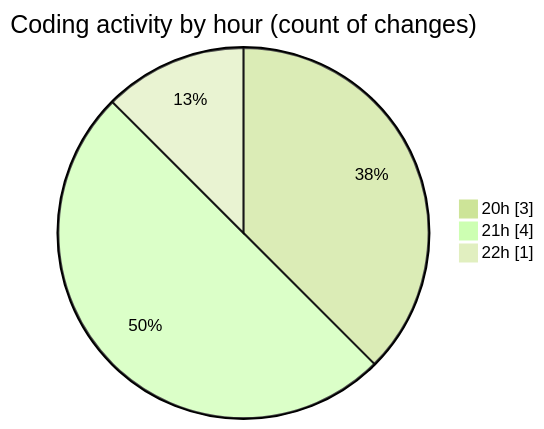
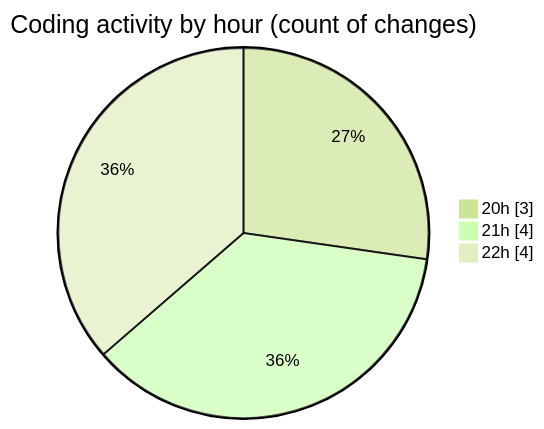
One commit to lephambinh05/code-tracking changed the second of 2 diagrams in 2025-09-07/quanlylink/README.md. Above: the diagram before and after it, drawn with Mermaid (forest theme). The commit also changed other lines of this file and 1 other file, not shown here.

````diff
--- a/2025-09-07/quanlylink/README.md
+++ b/2025-09-07/quanlylink/README.md
@@ -38,7 +40,7 @@
 ```mermaid
 pie showData
 title Coding activity by hour (count of changes)
 "20h" : 3
 "21h" : 4
-"22h" : 1
+"22h" : 4
 ```
````
